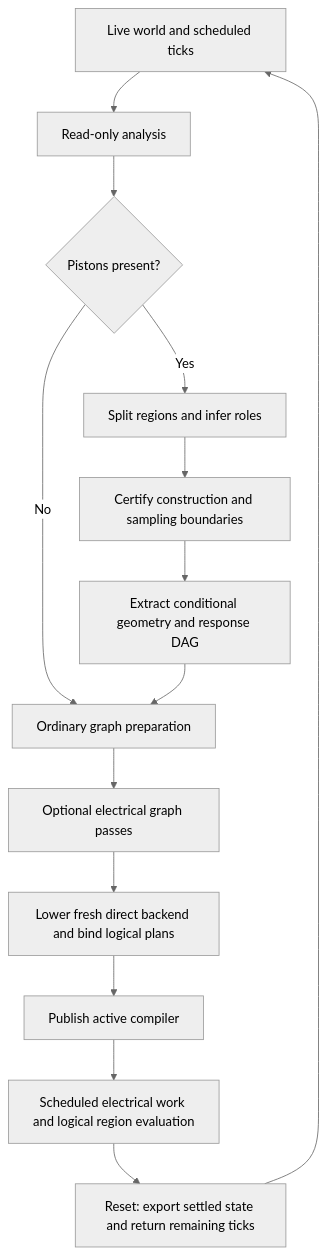
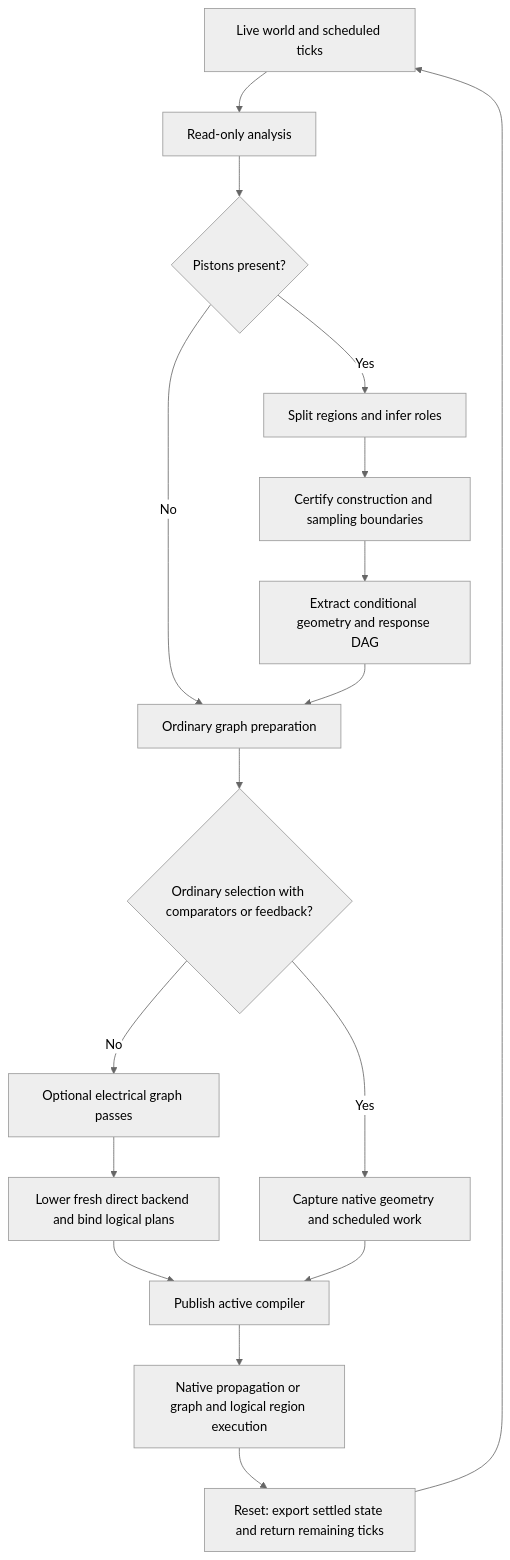
Before and after one commit to Kazik24/MCHPRS: the diagram in docs/REDPILER_ARCHITECTURE.md, drawn with Mermaid (neutral theme). The commit also changed other lines of this file and 18 other files, not shown here.

````diff
--- a/docs/REDPILER_ARCHITECTURE.md
+++ b/docs/REDPILER_ARCHITECTURE.md
@@ -39,16 +42,19 @@
 ```mermaid
 flowchart TD
     W[Live world and scheduled ticks] --> A[Read-only analysis]
     A --> P{Pistons present?}
     P -->|No| G[Ordinary graph preparation]
     P -->|Yes| I[Split regions and infer roles]
     I --> C[Certify construction and sampling boundaries]
     C --> S[Extract conditional geometry and response DAG]
     S --> G
-    G --> O[Optional electrical graph passes]
+    G --> N{Ordinary selection with comparators or feedback?}
+    N -->|Yes| V[Capture native geometry and scheduled work]
+    N -->|No| O[Optional electrical graph passes]
     O --> B[Lower fresh direct backend and bind logical plans]
     B --> R[Publish active compiler]
-    R --> T[Scheduled electrical work and logical region evaluation]
+    V --> R
+    R --> T[Native propagation or graph and logical region execution]
     T --> H[Reset: export settled state and return remaining ticks]
     H --> W
 ```
````
